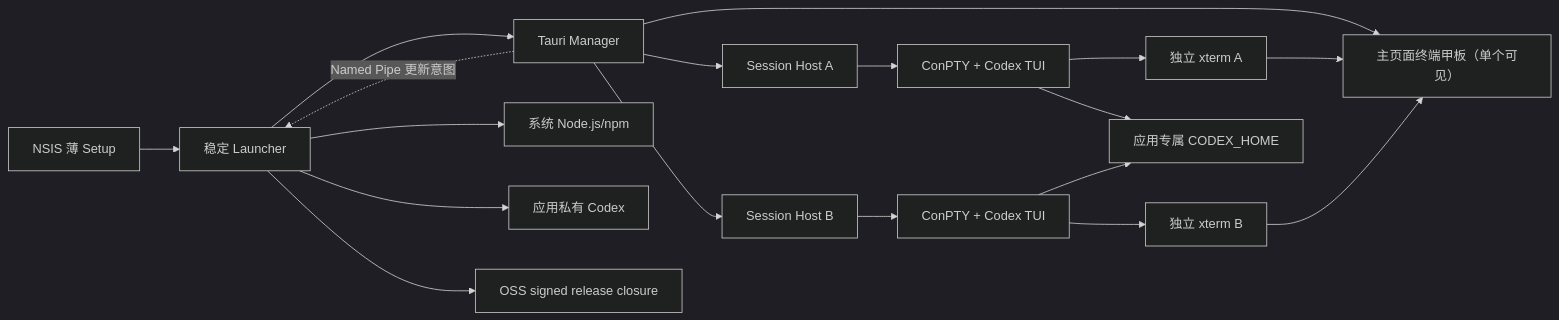
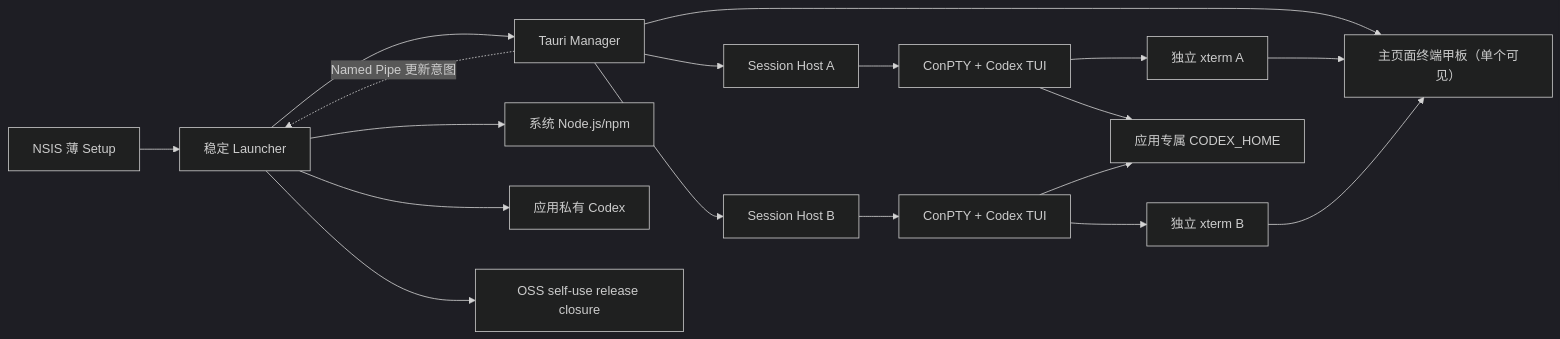
The diagram in 文档/项目/项目_tauri-codex/决策/DEC-0001-Windows-x64-Codex桌面封装方案.md (chengzhang0528/tauri-codex), drawn with Mermaid (dark theme) before and after one commit. The commit also changed other lines of this file and 20 other files, not shown here.

````diff
--- a/文档/项目/项目_tauri-codex/决策/DEC-0001-Windows-x64-Codex桌面封装方案.md
+++ b/文档/项目/项目_tauri-codex/决策/DEC-0001-Windows-x64-Codex桌面封装方案.md
@@ -42,20 +42,20 @@
 ```mermaid
 flowchart LR
   Setup["NSIS 薄 Setup"] --> Launcher["稳定 Launcher"]
   Launcher --> Desktop["Tauri Manager"]
   Launcher --> Node["系统 Node.js/npm"]
   Launcher --> Bundled["应用私有 Codex"]
   Desktop --> H1["Session Host A"]
   Desktop --> H2["Session Host B"]
   H1 --> P1["ConPTY + Codex TUI"]
   H2 --> P2["ConPTY + Codex TUI"]
   Desktop --> Deck["主页面终端甲板（单个可见）"]
   P1 --> X1["独立 xterm A"]
   P2 --> X2["独立 xterm B"]
   X1 --> Deck
   X2 --> Deck
   P1 --> Home["应用专属 CODEX_HOME"]
   P2 --> Home
   Desktop -. "Named Pipe 更新意图" .-> Launcher
-  Launcher --> Releases["OSS signed release closure"]
+  Launcher --> Releases["OSS self-use release closure"]
 ```
````
